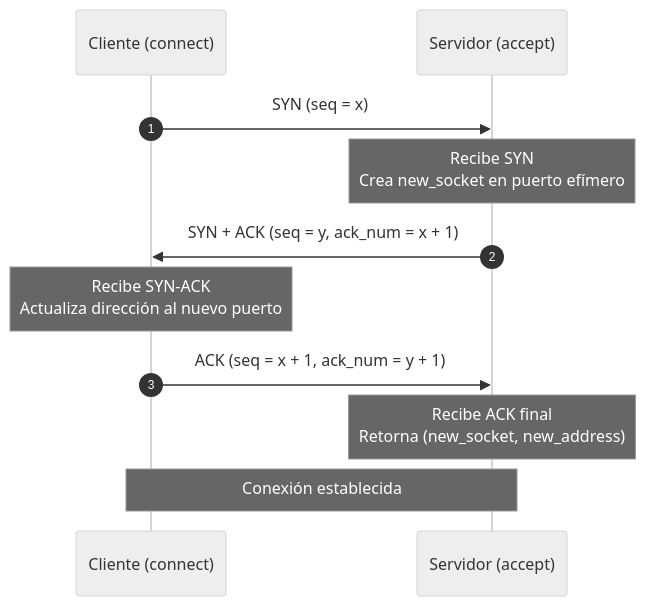
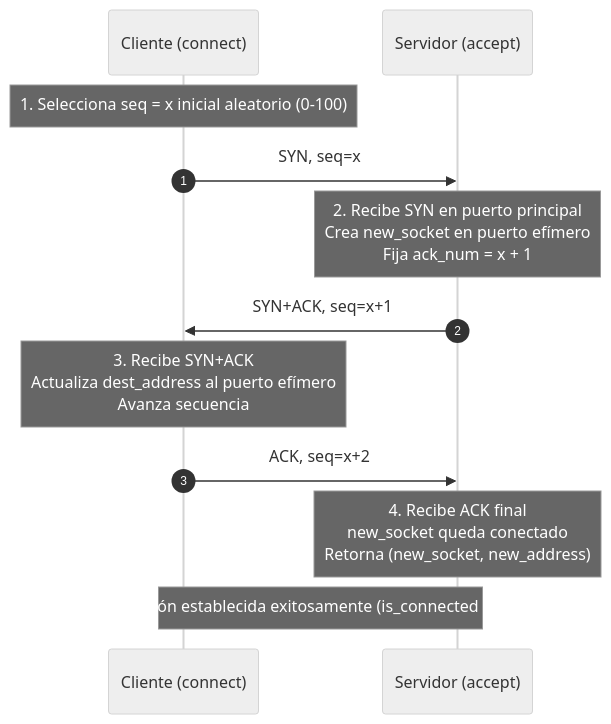
Before and after one commit to Bastian-AAI/CC4303-Redes: the first of 5 diagrams in Actividad-03-StopAndWait/README.md, drawn with Mermaid (neutral theme). The commit also changed other lines of this file, not shown here.

Commit message:
docs: Diagramas Informe

````diff
--- a/Actividad-03-StopAndWait/README.md
+++ b/Actividad-03-StopAndWait/README.md
@@ -38,14 +39,15 @@
 ```mermaid
 sequenceDiagram
     autonumber
     participant C as Cliente (connect)
     participant S as Servidor (accept)
 
-    C->>S: SYN (seq = x)
-    Note over S: Recibe SYN<br/>Crea new_socket en puerto efímero
-    S->>C: SYN + ACK (seq = y, ack_num = x + 1)
-    Note over C: Recibe SYN-ACK<br/>Actualiza dirección al nuevo puerto
-    C->>S: ACK (seq = x + 1, ack_num = y + 1)
-    Note over S: Recibe ACK final<br/>Retorna (new_socket, new_address)
-    Note over C,S: Conexión establecida
+    Note over C: 1. Selecciona seq = x inicial aleatorio (0-100)
+    C->>S: SYN, seq=x
+    Note over S: 2. Recibe SYN en puerto principal<br/>Crea new_socket en puerto efímero<br/>Fija ack_num = x + 1
+    S->>C: SYN+ACK, seq=x+1
+    Note over C: 3. Recibe SYN+ACK<br/>Actualiza dest_address al puerto efímero<br/>Avanza secuencia
+    C->>S: ACK, seq=x+2
+    Note over S: 4. Recibe ACK final<br/>new_socket queda conectado<br/>Retorna (new_socket, new_address)
+    Note over C,S: Conexión establecida exitosamente (is_connected = True)
 ```
````
